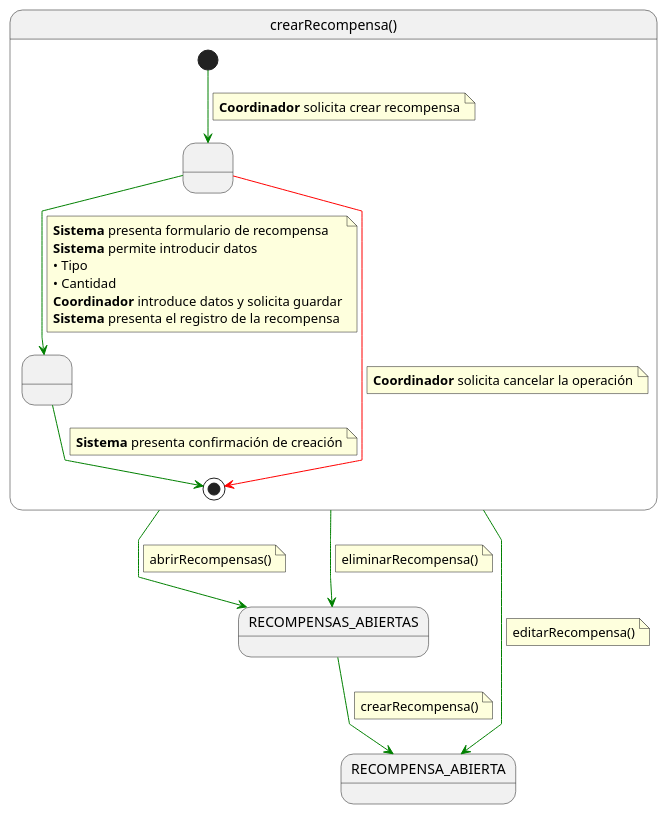
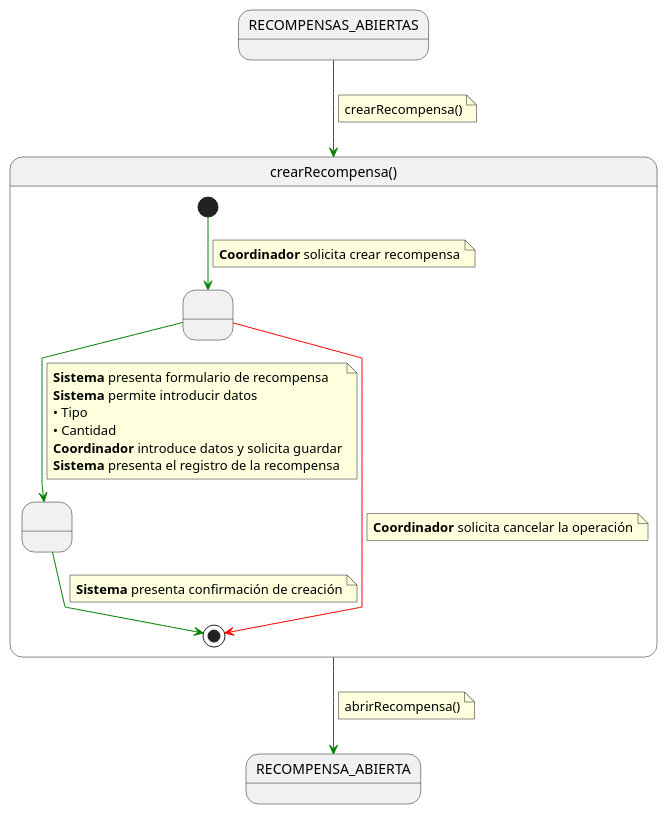
Before and after one commit to 31Diego/25-26-IdSw1-SdR: the diagram in documentación/CasosDeUso/Detalle/Coordinador/09-recompensas/crearRecompensa.puml, drawn with PlantUML. The commit also changed 18 other files, not shown here.

```diff
--- a/documentación/CasosDeUso/Detalle/Coordinador/09-recompensas/crearRecompensa.puml
+++ b/documentación/CasosDeUso/Detalle/Coordinador/09-recompensas/crearRecompensa.puml
@@ -1,60 +1,51 @@
 @startuml crearRecompensa
 
 skinparam linetype polyline
+
+state in1 as "RECOMPENSAS_ABIERTAS"
+in1 -[#green]-> crearRecompensa
+note on link
+crearRecompensa()
+end note
 
 state crearRecompensa as "crearRecompensa()" {
 
     state " " as IntroduciendoDatos
     state " " as RecompensaCreada
 
     [*] -[#green]-> IntroduciendoDatos
     note on link
     <b>Coordinador</b> solicita crear recompensa
     end note
 
     IntroduciendoDatos -[#green]-> RecompensaCreada
     note on link
     <b>Sistema</b> presenta formulario de recompensa
     <b>Sistema</b> permite introducir datos
     • Tipo
     • Cantidad
     <b>Coordinador</b> introduce datos y solicita guardar
     <b>Sistema</b> presenta el registro de la recompensa
     end note
 
     IntroduciendoDatos -[#red]-> [*]
     note on link
     <b>Coordinador</b> solicita cancelar la operación
     end note
 
     RecompensaCreada -[#green]-> [*]
     note on link
     <b>Sistema</b> presenta confirmación de creación
     end note
 }
 
-RECOMPENSAS_ABIERTAS -[#green]-> RECOMPENSA_ABIERTA
-note on link
-crearRecompensa()
-end note
-
-crearRecompensa -[#green]-> RECOMPENSAS_ABIERTAS
-note on link
-abrirRecompensas()
-end note
-
-crearRecompensa -[#green]-> RECOMPENSAS_ABIERTAS
-note on link
-eliminarRecompensa()
-end note
-
-
 crearRecompensa -[#green]-> RECOMPENSA_ABIERTA
 note on link
-editarRecompensa()
+abrirRecompensa()
 end note
 
 
 
 
+
 @enduml
```
